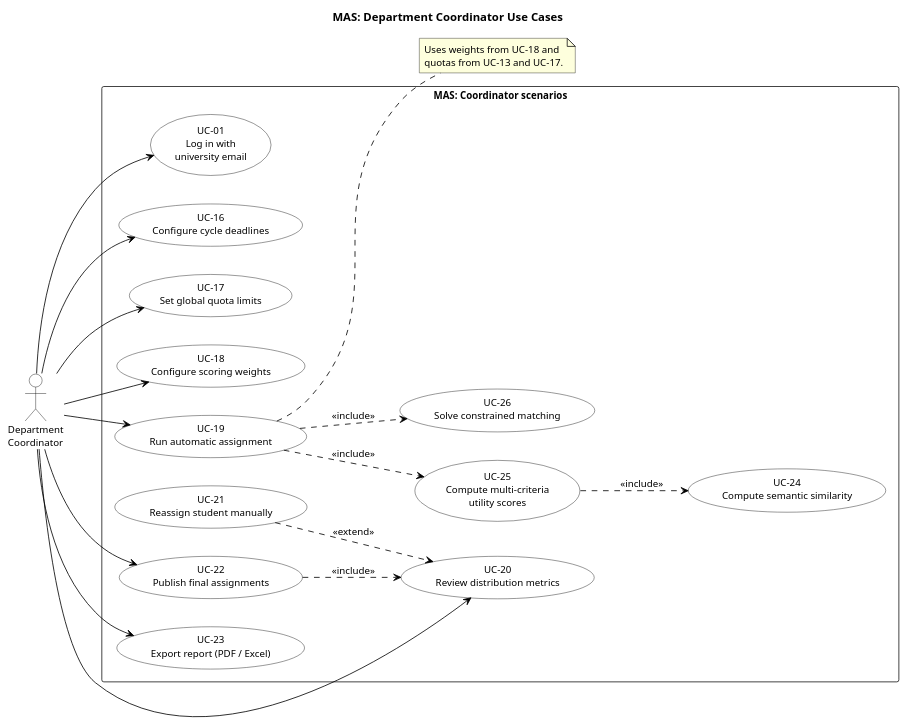
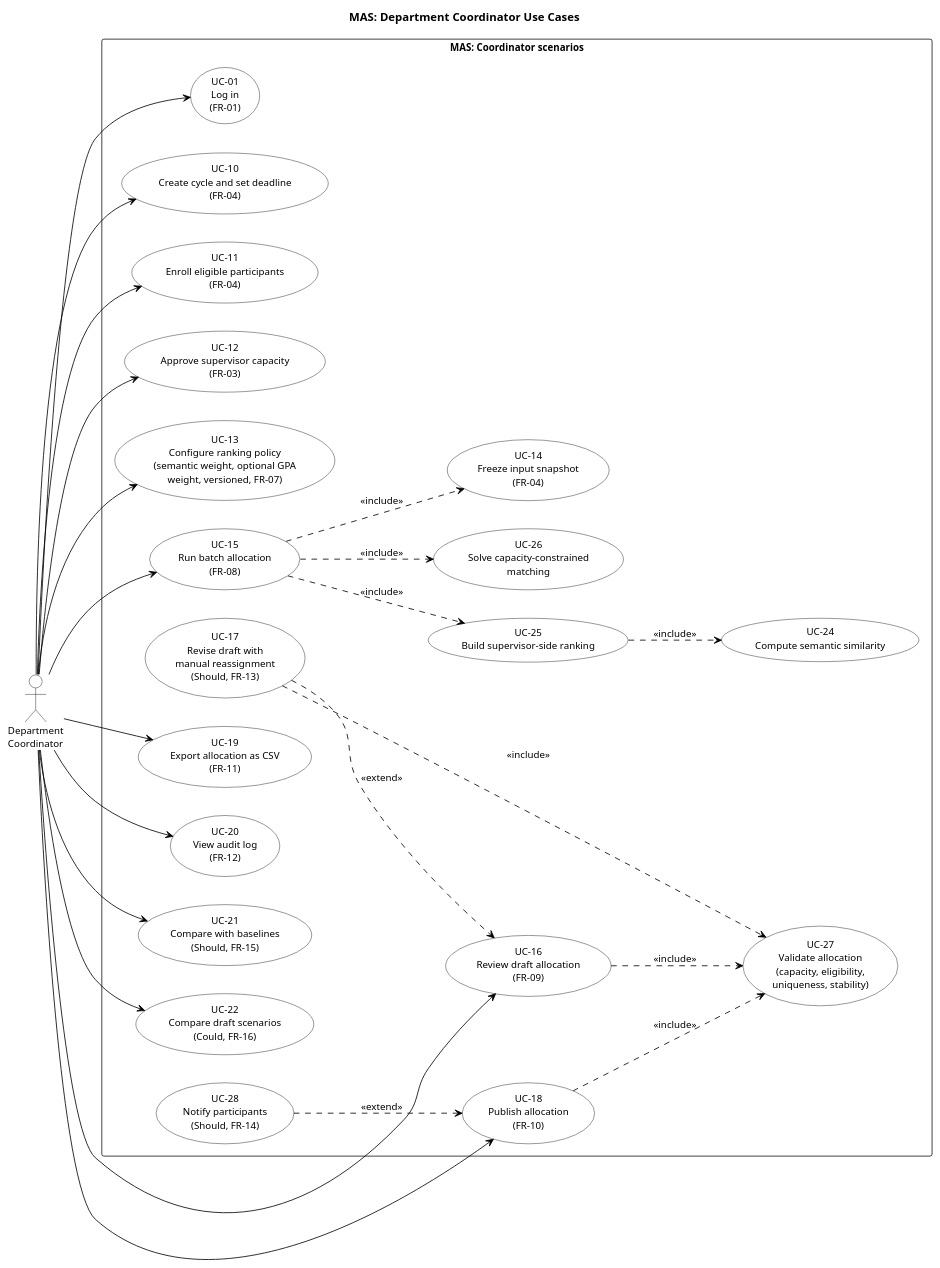
The fourth of 4 diagrams in diagrams/src/use-case.puml (Diasb4/Diploma), drawn with PlantUML before and after one commit. The commit also changed other lines of this file and 8 other files, not shown here.

First line of the commit message:
MAS-13: Align use case diagrams with the requirements draft

```diff
--- a/diagrams/src/use-case.puml
+++ b/diagrams/src/use-case.puml
@@ -174,56 +152,67 @@
 @startuml use-case-coordinator
 title MAS: Department Coordinator Use Cases
 
 left to right direction
 skinparam shadowing false
 skinparam defaultFontName Arial
 skinparam defaultFontSize 12
 skinparam ArrowColor Black
 skinparam usecase {
   BackgroundColor White
   BorderColor Black
 }
 skinparam actor {
   BackgroundColor White
   BorderColor Black
 }
 
 actor "Department\nCoordinator" as Coordinator
 
 rectangle "MAS: Coordinator scenarios" {
-  usecase "UC-01\nLog in with\nuniversity email" as UC01
-  usecase "UC-16\nConfigure cycle deadlines" as UC16
-  usecase "UC-17\nSet global quota limits" as UC17
-  usecase "UC-18\nConfigure scoring weights" as UC18
-  usecase "UC-19\nRun automatic assignment" as UC19
-  usecase "UC-20\nReview distribution metrics" as UC20
-  usecase "UC-21\nReassign student manually" as UC21
-  usecase "UC-22\nPublish final assignments" as UC22
-  usecase "UC-23\nExport report (PDF / Excel)" as UC23
+  usecase "UC-01\nLog in\n(FR-01)" as UC01
+  usecase "UC-10\nCreate cycle and set deadline\n(FR-04)" as UC10
+  usecase "UC-11\nEnroll eligible participants\n(FR-04)" as UC11
+  usecase "UC-12\nApprove supervisor capacity\n(FR-03)" as UC12
+  usecase "UC-13\nConfigure ranking policy\n(semantic weight, optional GPA\nweight, versioned, FR-07)" as UC13
+  usecase "UC-14\nFreeze input snapshot\n(FR-04)" as UC14
+  usecase "UC-15\nRun batch allocation\n(FR-08)" as UC15
+  usecase "UC-16\nReview draft allocation\n(FR-09)" as UC16
+  usecase "UC-17\nRevise draft with\nmanual reassignment\n(Should, FR-13)" as UC17
+  usecase "UC-18\nPublish allocation\n(FR-10)" as UC18
+  usecase "UC-19\nExport allocation as CSV\n(FR-11)" as UC19
+  usecase "UC-20\nView audit log\n(FR-12)" as UC20
+  usecase "UC-21\nCompare with baselines\n(Should, FR-15)" as UC21
+  usecase "UC-22\nCompare draft scenarios\n(Could, FR-16)" as UC22
 
   usecase "UC-24\nCompute semantic similarity" as UC24
-  usecase "UC-25\nCompute multi-criteria\nutility scores" as UC25
-  usecase "UC-26\nSolve constrained matching" as UC26
+  usecase "UC-25\nBuild supervisor-side ranking" as UC25
+  usecase "UC-26\nSolve capacity-constrained\nmatching" as UC26
+  usecase "UC-27\nValidate allocation\n(capacity, eligibility,\nuniqueness, stability)" as UC27
+  usecase "UC-28\nNotify participants\n(Should, FR-14)" as UC28
 }
 
 Coordinator --> UC01
+Coordinator --> UC10
+Coordinator --> UC11
+Coordinator --> UC12
+Coordinator --> UC13
+Coordinator --> UC15
 Coordinator --> UC16
-Coordinator --> UC17
 Coordinator --> UC18
 Coordinator --> UC19
 Coordinator --> UC20
+Coordinator --> UC21
 Coordinator --> UC22
-Coordinator --> UC23
 
-UC19 ..> UC25 : <<include>>
-UC19 ..> UC26 : <<include>>
+UC15 ..> UC14 : <<include>>
+UC15 ..> UC25 : <<include>>
+UC15 ..> UC26 : <<include>>
 UC25 ..> UC24 : <<include>>
-UC22 ..> UC20 : <<include>>
+UC16 ..> UC27 : <<include>>
+UC18 ..> UC27 : <<include>>
 
-UC21 ..> UC20 : <<extend>>
+UC17 ..> UC16 : <<extend>>
+UC17 ..> UC27 : <<include>>
+UC28 ..> UC18 : <<extend>>
 
-note right of UC19
-  Uses weights from UC-18 and
-  quotas from UC-13 and UC-17.
-end note
 @enduml
```
